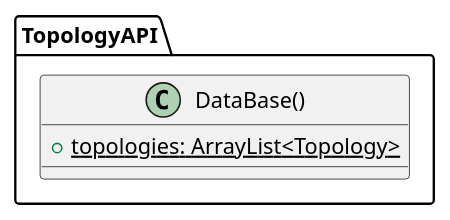
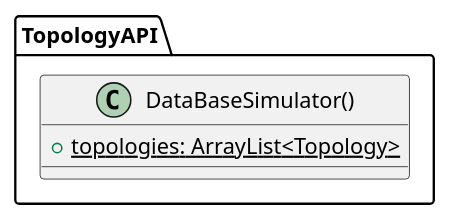
One commit to Zaher1307/TopologyAPI changed the diagram in UML diagrams/DataBaseSimulator.puml. Above: the diagram before and after it, drawn with PlantUML. The commit also changed 6 other files, not shown here.

Commit message:
change of the UML code and add the pictures of UML diagrams

```diff
--- a/UML diagrams/DataBaseSimulator.puml
+++ b/UML diagrams/DataBaseSimulator.puml
@@ -1,9 +1,9 @@
-@startuml TopologyManager
+@startuml DataBaseSimulator
 
 package TopologyAPI {
-    class DataBase() {
+    class DataBaseSimulator() {
         + {static} topologies: ArrayList<Topology>
     }
 }
 
 @enduml
```
